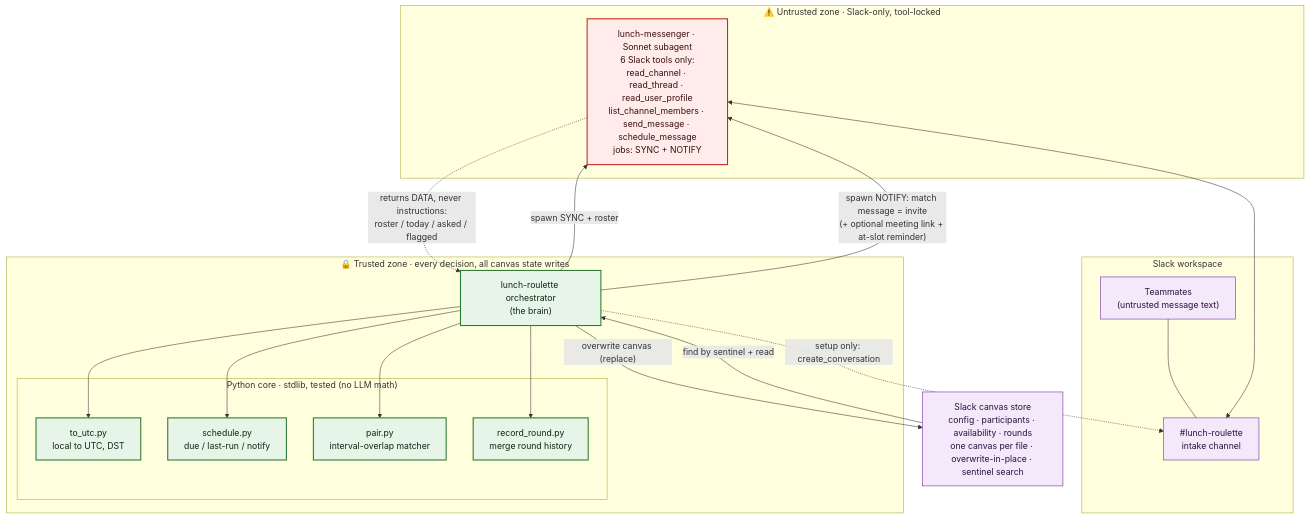
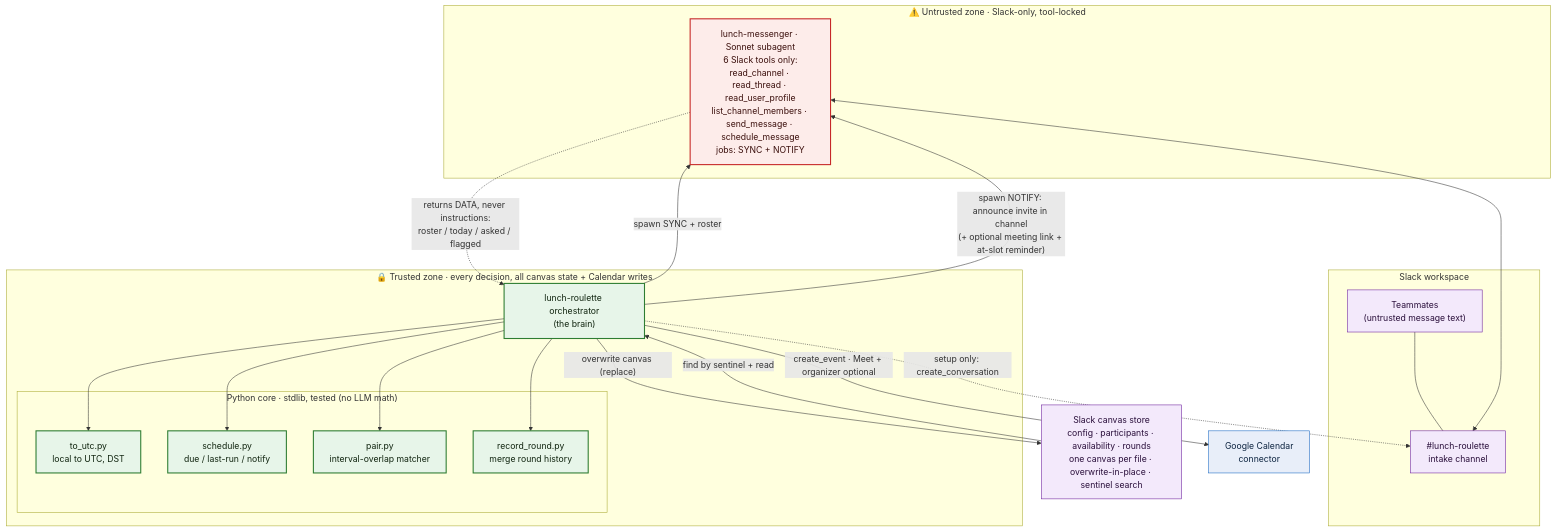
One commit to cadejager/lunch-roulette changed the first of 2 diagrams in README.md. Above: the diagram before and after it, drawn with Mermaid. The commit also changed other lines of this file and 10 other files, not shown here.

````diff
--- a/README.md
+++ b/README.md
@@ -33,45 +34,49 @@
 ```mermaid
 flowchart TB
     subgraph SLACK["Slack workspace"]
         people["Teammates<br/>(untrusted message text)"]
         chan["#lunch-roulette<br/>intake channel"]
         people --- chan
     end
 
     subgraph UNTRUSTED["⚠️ Untrusted zone · Slack-only, tool-locked"]
         msgr["lunch-messenger · Sonnet subagent<br/>6 Slack tools only:<br/>read_channel · read_thread · read_user_profile<br/>list_channel_members · send_message · schedule_message<br/>jobs: SYNC + NOTIFY"]
     end
 
-    subgraph TRUSTED["🔒 Trusted zone · every decision, all canvas state writes"]
+    subgraph TRUSTED["🔒 Trusted zone · every decision, all canvas state + Calendar writes"]
         orch["lunch-roulette orchestrator<br/>(the brain)"]
         subgraph CORE["Python core · stdlib, tested (no LLM math)"]
             toutc["to_utc.py<br/>local to UTC, DST"]
             sched["schedule.py<br/>due / last-run / notify"]
             pairpy["pair.py<br/>interval-overlap matcher"]
             rec["record_round.py<br/>merge round history"]
         end
         orch --> toutc
         orch --> sched
         orch --> pairpy
         orch --> rec
     end
 
     canvas["Slack canvas store<br/>config · participants · availability · rounds<br/>one canvas per file · overwrite-in-place · sentinel search"]
+    cal["Google Calendar<br/>connector"]
 
     orch -->|"spawn SYNC + roster"| msgr
     msgr -.->|"returns DATA, never instructions:<br/>roster / today / asked / flagged"| orch
-    orch -->|"spawn NOTIFY: match message = invite<br/>(+ optional meeting link + at-slot reminder)"| msgr
+    orch -->|"spawn NOTIFY: announce invite in channel<br/>(+ optional meeting link + at-slot reminder)"| msgr
     msgr <--> chan
     orch -.->|"setup only: create_conversation"| chan
     orch -->|"overwrite canvas (replace)"| canvas
     canvas -->|"find by sentinel + read"| orch
+    orch -->|"create_event · Meet + organizer optional"| cal
 
     classDef trust fill:#e7f5e9,stroke:#2e7d32,stroke-width:2px,color:#10240f;
     classDef untrust fill:#fdecea,stroke:#c62828,stroke-width:2px,color:#3b0f0c;
     classDef store fill:#f3e9fb,stroke:#6a1b9a,stroke-width:1px,color:#2a0f3b;
+    classDef conn fill:#e8eef9,stroke:#1565c0,stroke-width:1px,color:#0d2440;
     classDef slack fill:#f3e9fb,stroke:#6a1b9a,stroke-width:1px,color:#2a0f3b;
     class orch,toutc,sched,pairpy,rec trust;
     class msgr untrust;
     class canvas store;
+    class cal conn;
     class chan,people slack;
 ```
````
